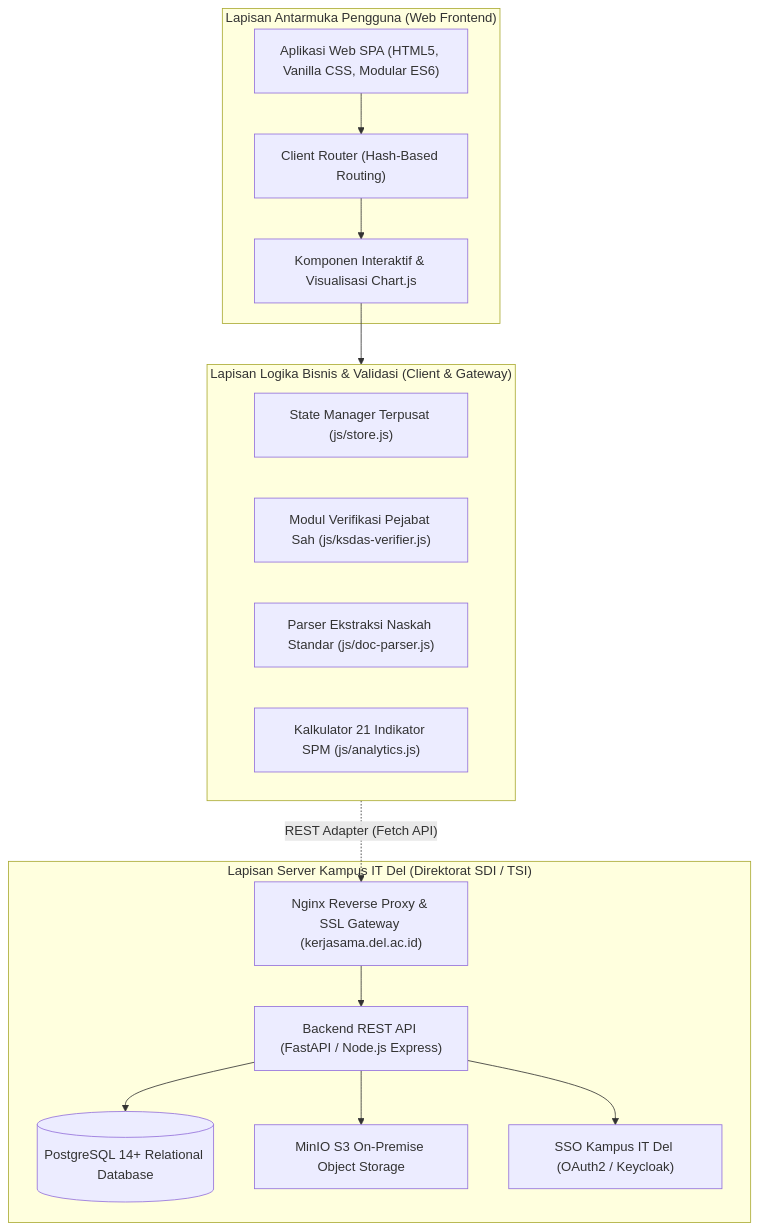
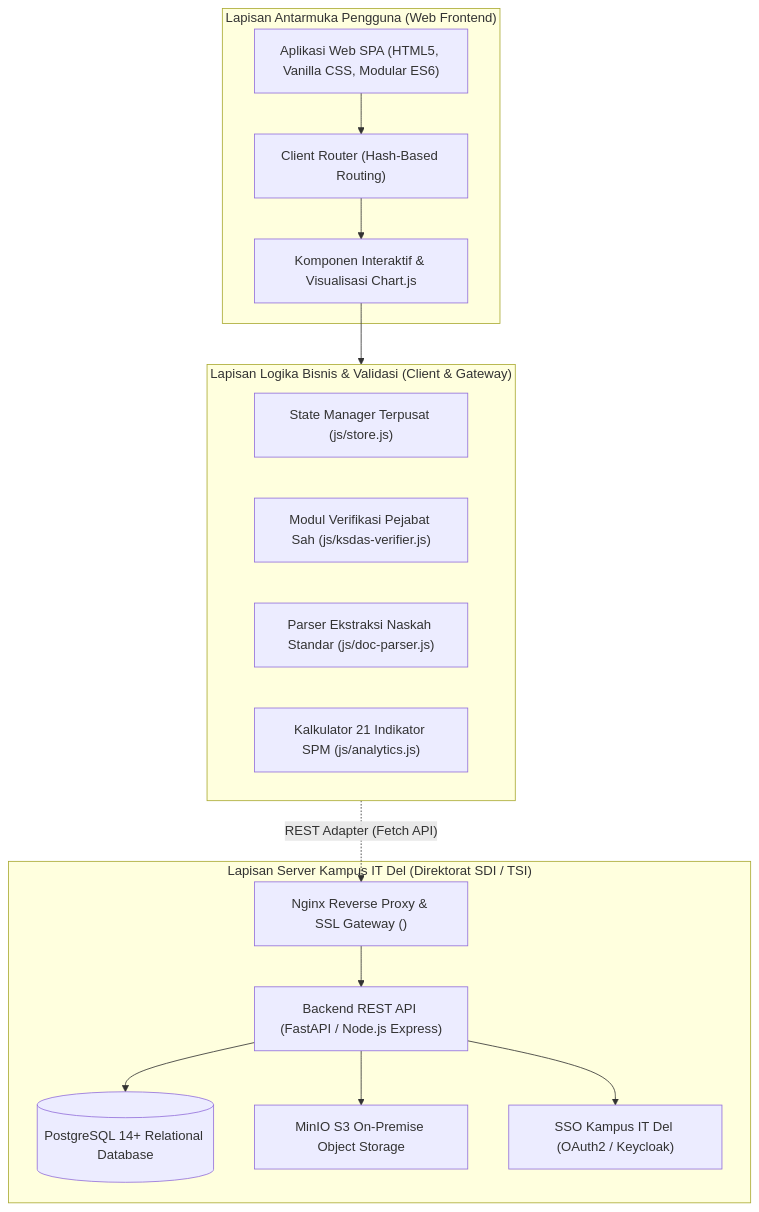
The first of 2 diagrams in docs/ARCHITECTURE.md (samuelhtampubolon/ksdas-itdel), drawn with Mermaid before and after one commit. The commit also changed 24 other files, not shown here.

First line of the commit message:
security: hardening nginx/compose/backend/server, hapus vercel.json dan tautan/lencana pihak ketiga, domain dan kontak karangan diganti placeholder, sanitasi ID dan netralisasi rumus CSV, checksum EXE, uji keamanan

````diff
--- a/docs/ARCHITECTURE.md
+++ b/docs/ARCHITECTURE.md
@@ -50,32 +50,32 @@
 ```mermaid
 flowchart TD
     subgraph Client_Layer ["Lapisan Antarmuka Pengguna (Web Frontend)"]
         UI_SPA["Aplikasi Web SPA (HTML5, Vanilla CSS, Modular ES6)"]
         UI_Router["Client Router (Hash-Based Routing)"]
         UI_Components["Komponen Interaktif & Visualisasi Chart.js"]
     end
 
     subgraph Logic_Layer ["Lapisan Logika Bisnis & Validasi (Client & Gateway)"]
         Store["State Manager Terpusat (js/store.js)"]
         Verifier["Modul Verifikasi Pejabat Sah (js/ksdas-verifier.js)"]
         DocParser["Parser Ekstraksi Naskah Standar (js/doc-parser.js)"]
         Analytics["Kalkulator 21 Indikator SPM (js/analytics.js)"]
     end
 
     subgraph Campus_Backend ["Lapisan Server Kampus IT Del (Direktorat SDI / TSI)"]
-        APIGateway["Nginx Reverse Proxy & SSL Gateway (kerjasama.del.ac.id)"]
+        APIGateway["Nginx Reverse Proxy & SSL Gateway (<DOMAIN-KSDAS-TBD>)"]
         REST_API["Backend REST API (FastAPI / Node.js Express)"]
         DB[(PostgreSQL 14+ Relational Database)]
         FileStore["MinIO S3 On-Premise Object Storage"]
         SSO["SSO Kampus IT Del (OAuth2 / Keycloak)"]
     end
 
     UI_SPA --> UI_Router
     UI_Router --> UI_Components
     UI_Components --> Logic_Layer
     Logic_Layer -.->|"REST Adapter (Fetch API)"| APIGateway
     APIGateway --> REST_API
     REST_API --> DB
     REST_API --> FileStore
     REST_API --> SSO
 ```
````
